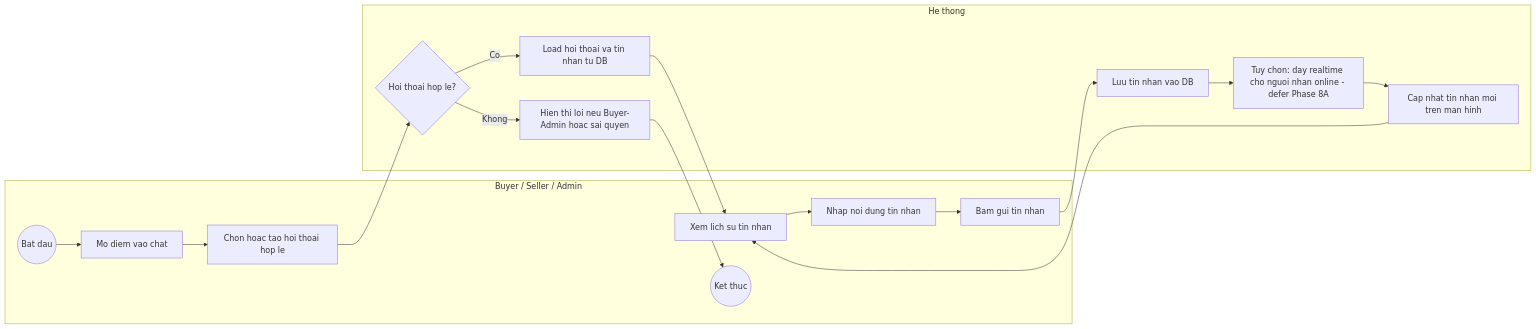
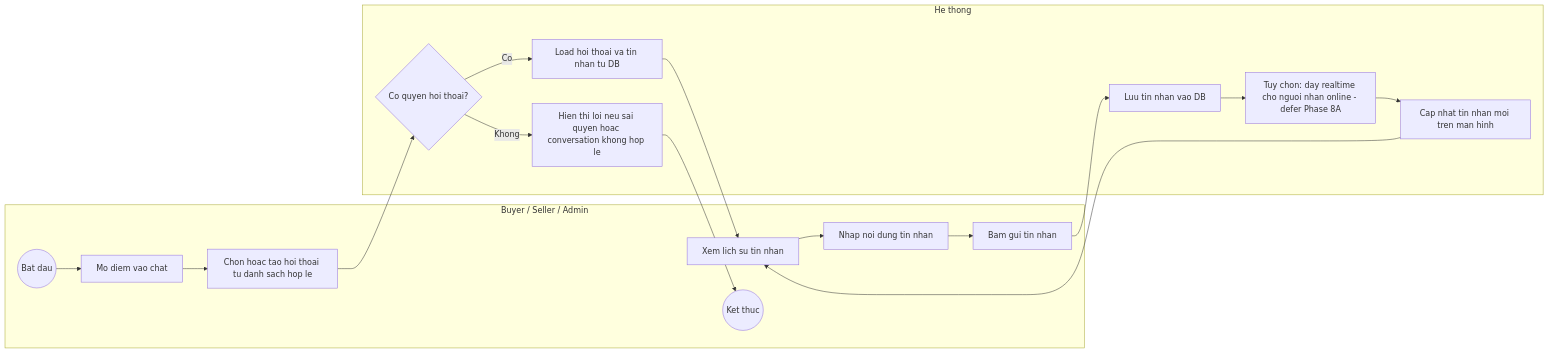
One commit to froynar/Custom_keyboard changed the fifth of 6 diagrams in Documents_Refactor/Custom_Keyboard_Activity_Diagrams_Refactor.md. Above: the diagram before and after it, drawn with Mermaid. The commit also changed other lines of this file and 194 other files, not shown here.

````diff
--- a/Documents_Refactor/Custom_Keyboard_Activity_Diagrams_Refactor.md
+++ b/Documents_Refactor/Custom_Keyboard_Activity_Diagrams_Refactor.md
@@ -407,26 +407,26 @@
 ```mermaid
 flowchart LR
     subgraph UserLane["Buyer / Seller / Admin"]
         StartChat((Bat dau))
         OpenChatEntry[Mo diem vao chat]
-        ChooseConversation[Chon hoac tao hoi thoai hop le]
+        ChooseConversation[Chon hoac tao hoi thoai tu danh sach hop le]
         TypeMessage[Nhap noi dung tin nhan]
         SendMessage[Bam gui tin nhan]
         ViewHistory[Xem lich su tin nhan]
         EndChat((Ket thuc))
     end
 
     subgraph SystemLane["He thong"]
-        CheckParticipants{Hoi thoai hop le?}
-        ShowChatError[Hien thi loi neu Buyer-Admin hoac sai quyen]
+        CheckPermission{Co quyen hoi thoai?}
+        ShowChatError[Hien thi loi neu sai quyen hoac conversation khong hop le]
         LoadConversation[Load hoi thoai va tin nhan tu DB]
         SaveMessage[Luu tin nhan vao DB]
         PublishRealtime[Tuy chon: day realtime cho nguoi nhan online - defer Phase 8A]
         AppendMessage[Cap nhat tin nhan moi tren man hinh]
     end
 
-    StartChat --> OpenChatEntry --> ChooseConversation --> CheckParticipants
-    CheckParticipants -- Khong --> ShowChatError --> EndChat
-    CheckParticipants -- Co --> LoadConversation --> ViewHistory
+    StartChat --> OpenChatEntry --> ChooseConversation --> CheckPermission
+    CheckPermission -- Khong --> ShowChatError --> EndChat
+    CheckPermission -- Co --> LoadConversation --> ViewHistory
     ViewHistory --> TypeMessage --> SendMessage --> SaveMessage --> PublishRealtime --> AppendMessage --> ViewHistory
 ```
````
